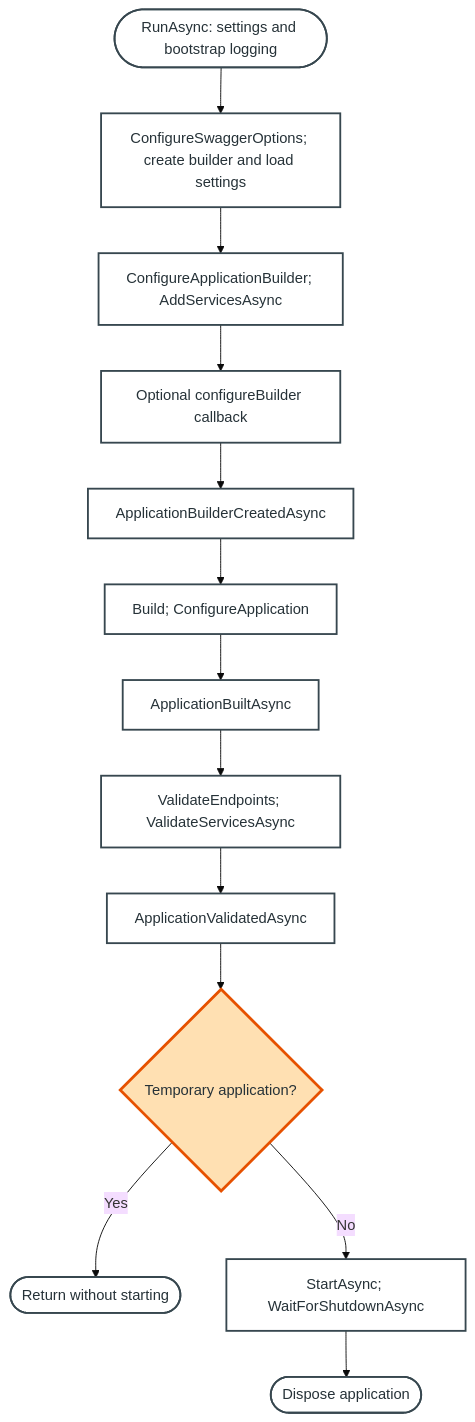
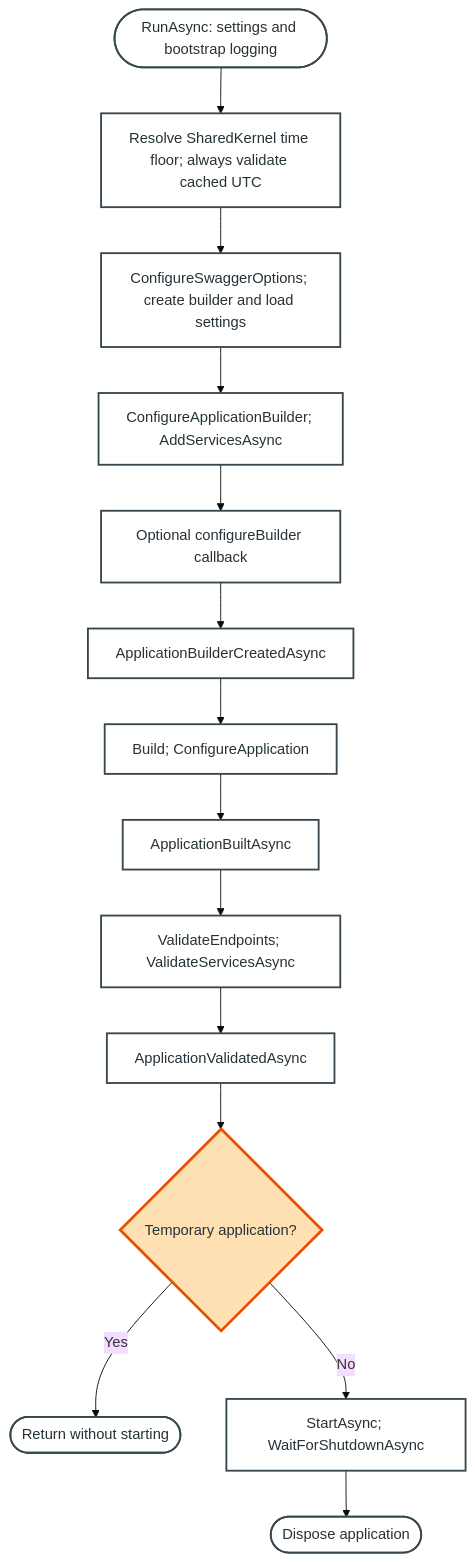
The diagram in DRN.Framework.Hosting/README.md (duranserkan/DRN-Project), drawn with Mermaid (base theme) before and after one commit. The commit also changed other lines of this file and 82 other files, not shown here.

````diff
--- a/DRN.Framework.Hosting/README.md
+++ b/DRN.Framework.Hosting/README.md
@@ -130,22 +130,23 @@
 ```mermaid
 flowchart TD
     Start(["RunAsync: settings and bootstrap logging"])
-    Start --> Builder["ConfigureSwaggerOptions; create builder and load settings"]
+    Start --> Time["Resolve SharedKernel time floor; always validate cached UTC"]
+    Time --> Builder["ConfigureSwaggerOptions; create builder and load settings"]
     Builder --> Configure["ConfigureApplicationBuilder; AddServicesAsync"]
     Configure --> Callback["Optional configureBuilder callback"]
     Callback --> Created["ApplicationBuilderCreatedAsync"]
     Created --> Build["Build; ConfigureApplication"]
     Build --> Built["ApplicationBuiltAsync"]
     Built --> Validate["ValidateEndpoints; ValidateServicesAsync"]
     Validate --> Validated["ApplicationValidatedAsync"]
     Validated --> Temporary{"Temporary application?"}
     Temporary -->|"Yes"| Return(["Return without starting"])
     Temporary -->|"No"| Run["StartAsync; WaitForShutdownAsync"]
     Run --> Dispose(["Dispose application"])
 
     %% Phase and decision styles
     classDef step fill:#FFFFFF,stroke:#37474F,stroke-width:2px,color:#263238
     classDef decision fill:#FFE0B2,stroke:#E65100,stroke-width:3px,color:#263238
-    class Start,Builder,Configure,Callback,Created,Build,Built,Validate,Validated,Return,Run,Dispose step
+    class Start,Time,Builder,Configure,Callback,Created,Build,Built,Validate,Validated,Return,Run,Dispose step
     class Temporary decision
 ```
````
